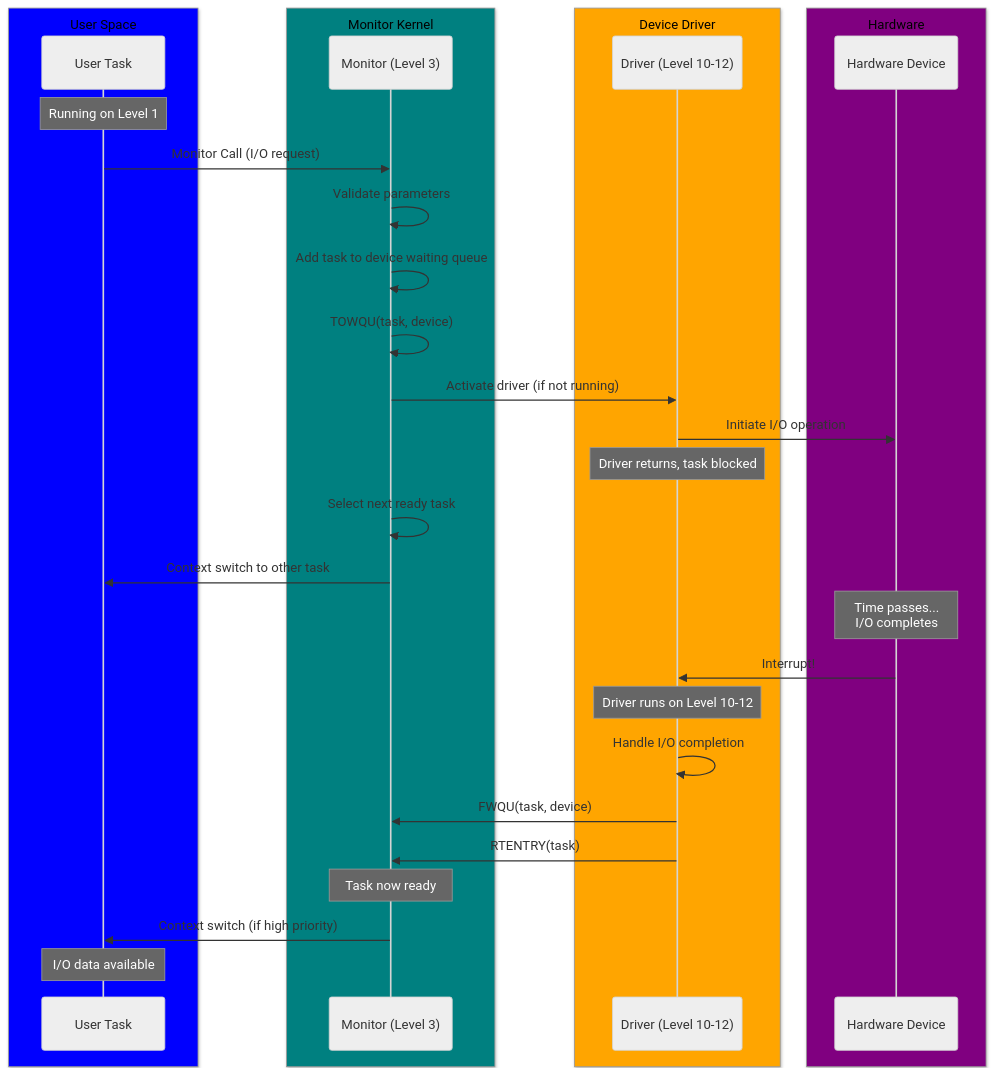
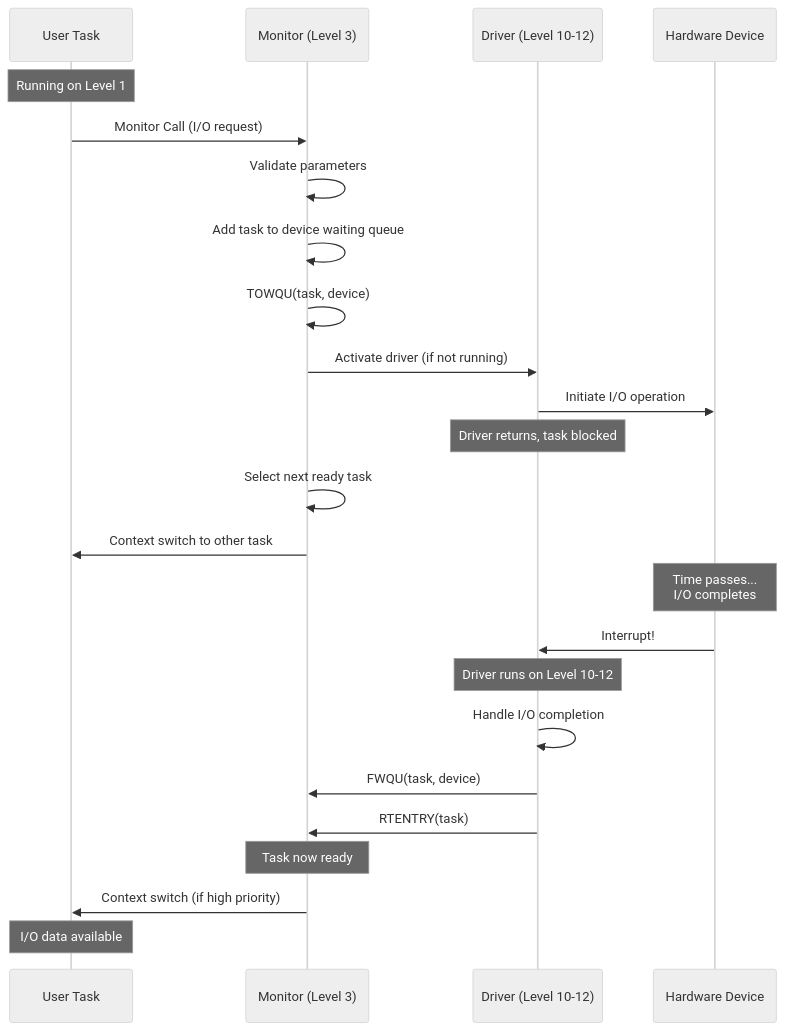
Before and after one commit to HackerCorpLabs/NDInsight: the first of 4 diagrams in SINTRAN/OS/18-DEVICE-DRIVER-FRAMEWORK.md, drawn with Mermaid (neutral theme). The commit also changed other lines of this file and 3 other files, not shown here.

First line of the commit message:
docs: Remove colored box backgrounds from Mermaid sequence diagrams

````diff
--- a/SINTRAN/OS/18-DEVICE-DRIVER-FRAMEWORK.md
+++ b/SINTRAN/OS/18-DEVICE-DRIVER-FRAMEWORK.md
@@ -65,47 +65,34 @@
 ```mermaid
 sequenceDiagram
     participant Task as User Task
     participant Mon as Monitor (Level 3)
     participant Drv as Driver (Level 10-12)
     participant HW as Hardware Device
     
     Note over Task: Running on Level 1
     Task->>Mon: Monitor Call (I/O request)
     
     Mon->>Mon: Validate parameters
     Mon->>Mon: Add task to device waiting queue
     Mon->>Mon: TOWQU(task, device)
     Mon->>Drv: Activate driver (if not running)
     
     Drv->>HW: Initiate I/O operation
     Note over Drv: Driver returns, task blocked
     
     Mon->>Mon: Select next ready task
     Mon->>Task: Context switch to other task
     
     Note over HW: Time passes...<br/>I/O completes
     
     HW->>Drv: Interrupt!
     Note over Drv: Driver runs on Level 10-12
     
     Drv->>Drv: Handle I/O completion
     Drv->>Mon: FWQU(task, device)
     Drv->>Mon: RTENTRY(task)
     
     Note over Mon: Task now ready
     Mon->>Task: Context switch (if high priority)
     Note over Task: I/O data available
-    
-    box Blue User Space
-    participant Task
-    end
-    box Teal Monitor Kernel
-    participant Mon
-    end
-    box Orange Device Driver
-    participant Drv
-    end
-    box Purple Hardware
-    participant HW
-    end
 ```
````
